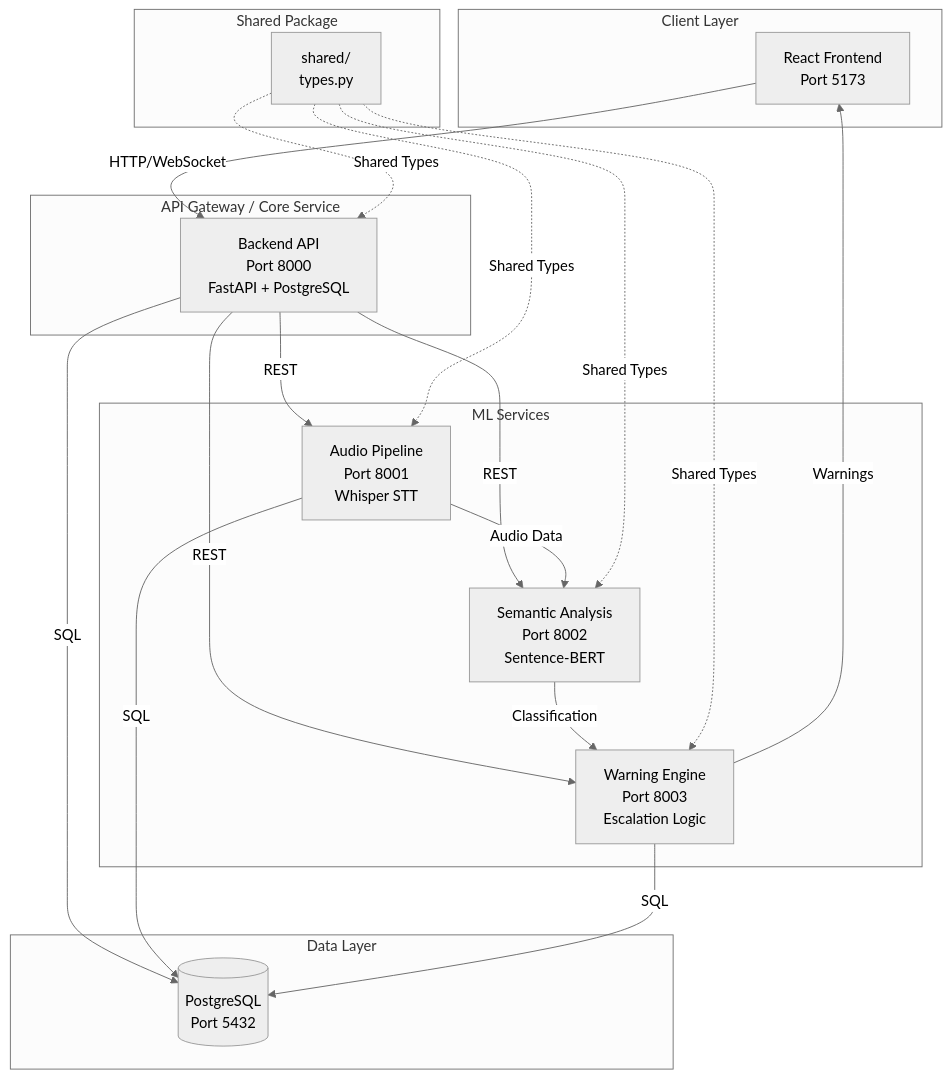
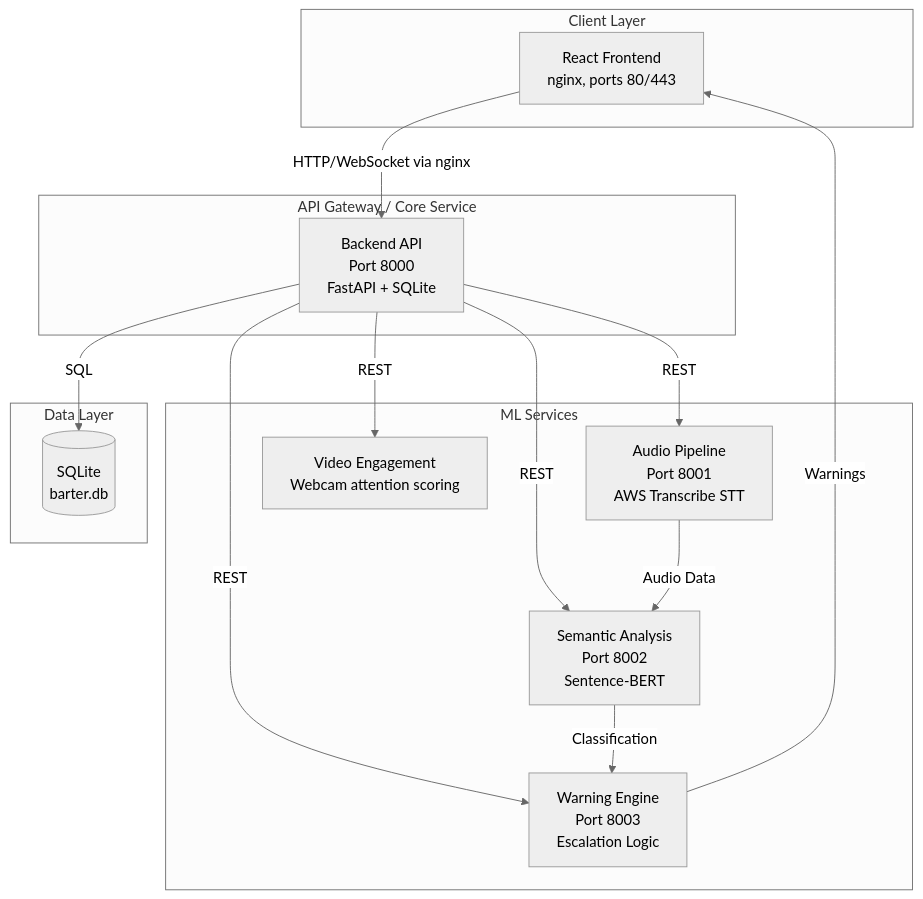
One commit to jmanoj0905/Core-Barter-System changed the first of 4 diagrams in ARCHITECTURE.md. Above: the diagram before and after it, drawn with Mermaid (neutral theme). The commit also changed other lines of this file and 42 other files, not shown here.

````diff
--- a/ARCHITECTURE.md
+++ b/ARCHITECTURE.md
@@ -9,39 +9,31 @@
 ```mermaid
 graph TB
     subgraph "Client Layer"
-        FE[React Frontend<br/>Port 5173]
+        FE[React Frontend<br/>nginx, ports 80/443]
     end
 
     subgraph "API Gateway / Core Service"
-        BE[Backend API<br/>Port 8000<br/>FastAPI + PostgreSQL]
+        BE[Backend API<br/>Port 8000<br/>FastAPI + SQLite]
     end
 
     subgraph "ML Services"
-        AP[Audio Pipeline<br/>Port 8001<br/>Whisper STT]
+        AP[Audio Pipeline<br/>Port 8001<br/>AWS Transcribe STT]
         SA[Semantic Analysis<br/>Port 8002<br/>Sentence-BERT]
         WE[Warning Engine<br/>Port 8003<br/>Escalation Logic]
+        VE[Video Engagement<br/>Webcam attention scoring]
     end
 
     subgraph "Data Layer"
-        PG[(PostgreSQL<br/>Port 5432)]
+        DB[(SQLite<br/>barter.db)]
     end
 
-    subgraph "Shared Package"
-        SH[shared/<br/>types.py]
-    end
-
-    FE -->|HTTP/WebSocket| BE
+    FE -->|HTTP/WebSocket via nginx| BE
     BE -->|REST| AP
     BE -->|REST| SA
     BE -->|REST| WE
+    BE -->|REST| VE
     AP -->|Audio Data| SA
     SA -->|Classification| WE
     WE -->|Warnings| FE
-    BE -->|SQL| PG
-    AP -->|SQL| PG
-    WE -->|SQL| PG
-    SH -.->|Shared Types| BE
-    SH -.->|Shared Types| AP
-    SH -.->|Shared Types| SA
-    SH -.->|Shared Types| WE
+    BE -->|SQL| DB
 ```
````
